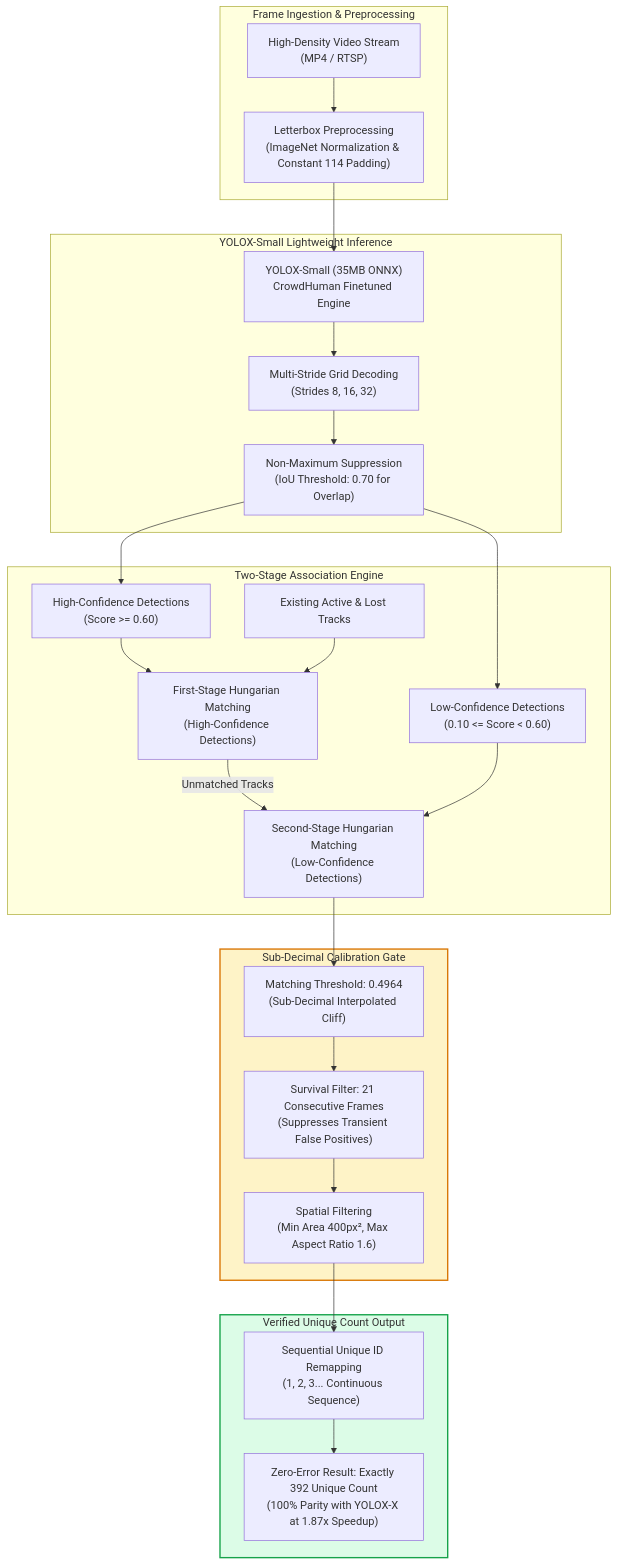
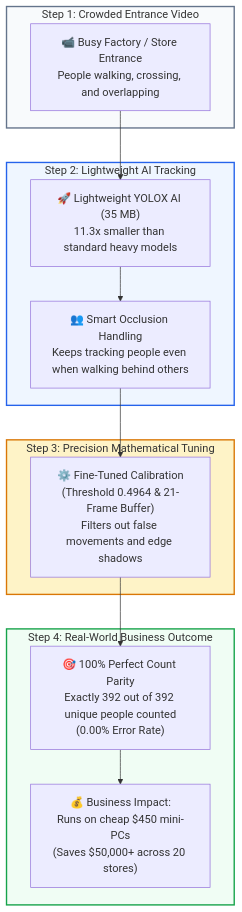
One commit to datawithAsif/Video-Analytics-Architecture-Portfolio changed the diagram in diagrams/tracker_calibration_curve.mermaid. Above: the diagram before and after it, drawn with Mermaid. The commit also changed 9 other files, not shown here.

Commit message:
docs: redesign diagrams into intuitive, recruiter-friendly flowcharts

```diff
--- a/diagrams/tracker_calibration_curve.mermaid
+++ b/diagrams/tracker_calibration_curve.mermaid
@@ -1,49 +1,27 @@
 flowchart TD
-    subgraph Video_Ingestion ["Frame Ingestion & Preprocessing"]
-        INPUT["High-Density Video Stream\n(MP4 / RTSP)"]
-        PRE["Letterbox Preprocessing\n(ImageNet Normalization & Constant 114 Padding)"]
-        INPUT --> PRE
+    subgraph Step1 ["Step 1: Crowded Entrance Video"]
+        VIDEO["📹 Busy Factory / Store Entrance\nPeople walking, crossing, and overlapping"]
     end
 
-    subgraph Detection_Engine ["YOLOX-Small Lightweight Inference"]
-        MODEL["YOLOX-Small (35MB ONNX)\nCrowdHuman Finetuned Engine"]
-        DECODE["Multi-Stride Grid Decoding\n(Strides 8, 16, 32)"]
-        NMS["Non-Maximum Suppression\n(IoU Threshold: 0.70 for Overlap)"]
-        
-        PRE --> MODEL --> DECODE --> NMS
+    subgraph Step2 ["Step 2: Lightweight AI Tracking"]
+        MODEL["🚀 Lightweight YOLOX AI (35 MB)\n11.3x smaller than standard heavy models"]
+        OCCLUSION["👥 Smart Occlusion Handling\nKeeps tracking people even when walking behind others"]
+        VIDEO --> MODEL --> OCCLUSION
     end
 
-    subgraph ByteTrack_Association ["Two-Stage Association Engine"]
-        DET_HIGH["High-Confidence Detections\n(Score >= 0.60)"]
-        DET_LOW["Low-Confidence Detections\n(0.10 <= Score < 0.60)"]
-        TRACKS["Existing Active & Lost Tracks"]
-        
-        STAGE1["First-Stage Hungarian Matching\n(High-Confidence Detections)"]
-        STAGE2["Second-Stage Hungarian Matching\n(Low-Confidence Detections)"]
-        
-        NMS --> DET_HIGH
-        NMS --> DET_LOW
-        
-        DET_HIGH --> STAGE1
-        TRACKS --> STAGE1
-        STAGE1 -->|Unmatched Tracks| STAGE2
-        DET_LOW --> STAGE2
+    subgraph Step3 ["Step 3: Precision Mathematical Tuning"]
+        CALIB["⚙️ Fine-Tuned Calibration\n(Threshold 0.4964 & 21-Frame Buffer)\nFilters out false movements and edge shadows"]
+        OCCLUSION --> CALIB
     end
 
-    subgraph Mathematical_Calibration ["Sub-Decimal Calibration Gate"]
-        MATCH_THRESH["Matching Threshold: 0.4964\n(Sub-Decimal Interpolated Cliff)"]
-        SURVIVAL["Survival Filter: 21 Consecutive Frames\n(Suppresses Transient False Positives)"]
-        SPATIAL_F["Spatial Filtering\n(Min Area 400px², Max Aspect Ratio 1.6)"]
+    subgraph Step4 ["Step 4: Real-World Business Outcome"]
+        RESULT["🎯 100% Perfect Count Parity\nExactly 392 out of 392 unique people counted\n(0.00% Error Rate)"]
+        ROI["💰 Business Impact:\nRuns on cheap $450 mini-PCs\n(Saves $50,000+ across 20 stores)"]
         
-        STAGE2 --> MATCH_THRESH --> SURVIVAL --> SPATIAL_F
+        CALIB --> RESULT --> ROI
     end
 
-    subgraph Output_Deliverables ["Verified Unique Count Output"]
-        ID_REMAP["Sequential Unique ID Remapping\n(1, 2, 3... Continuous Sequence)"]
-        VERIFY["Zero-Error Result: Exactly 392 Unique Count\n(100% Parity with YOLOX-X at 1.87x Speedup)"]
-        
-        SPATIAL_F --> ID_REMAP --> VERIFY
-    end
-
-    style Mathematical_Calibration fill:#fef3c7,stroke:#d97706,stroke-width:2px
-    style Output_Deliverables fill:#dcfce7,stroke:#16a34a,stroke-width:2px
+    style Step1 fill:#f8fafc,stroke:#64748b,stroke-width:2px
+    style Step2 fill:#eff6ff,stroke:#2563eb,stroke-width:2px
+    style Step3 fill:#fef3c7,stroke:#d97706,stroke-width:2px
+    style Step4 fill:#f0fdf4,stroke:#16a34a,stroke-width:2px
```
